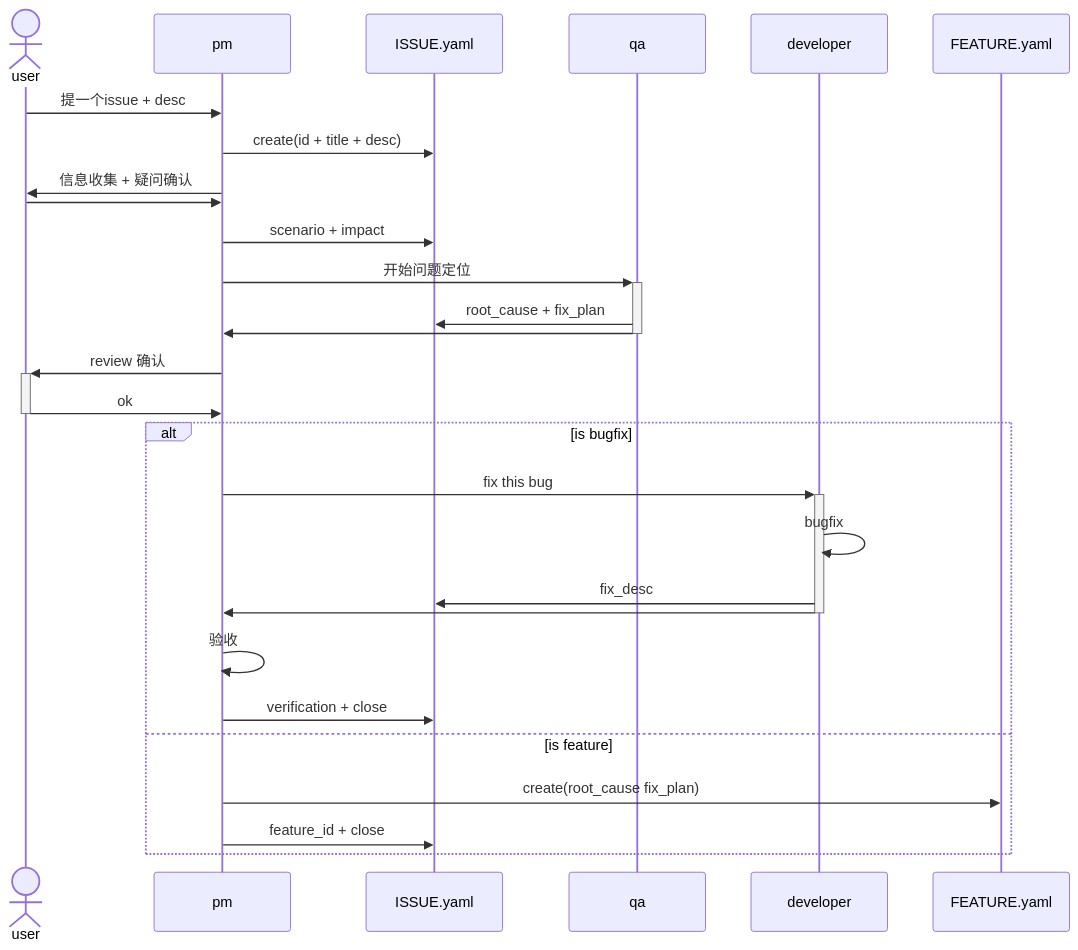
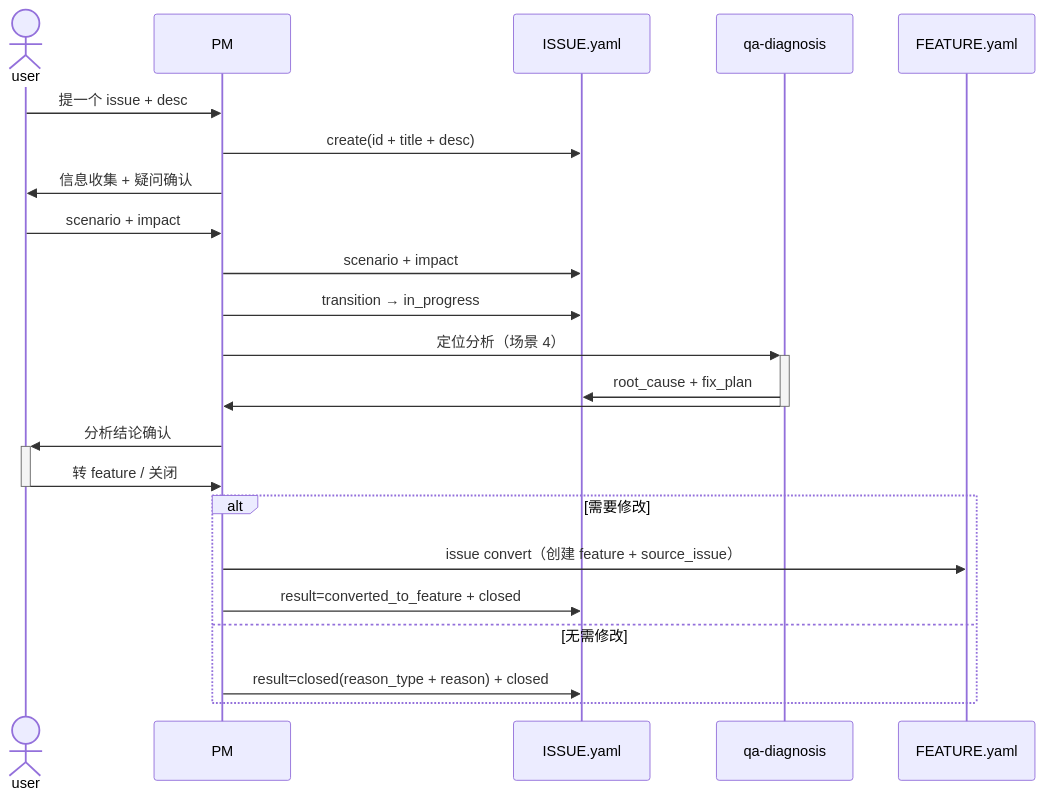
Before and after one commit to JoeyAssistant/skill-repo: the fourth of 4 diagrams in system-prompt/agent-factory/agent-pm.md, drawn with Mermaid. The commit also changed other lines of this file and 15 other files, not shown here.

First line of the commit message:
refactor(issue): issue 只做定位分析，修复统一转 feature

````diff
--- a/system-prompt/agent-factory/agent-pm.md
+++ b/system-prompt/agent-factory/agent-pm.md
@@ -592,27 +598,26 @@
 ```mermaid
 sequenceDiagram
     actor user
-    
-    user->>pm: 提一个issue + desc
-    pm->>ISSUE.yaml: create(id + title + desc)
+    participant pm as PM
+    participant issue as ISSUE.yaml
+    participant diag as qa-diagnosis
+    participant feat as FEATURE.yaml
+
+    user->>pm: 提一个 issue + desc
+    pm->>issue: create(id + title + desc)
     pm->>user: 信息收集 + 疑问确认
-    user->>pm: 
-    pm->>ISSUE.yaml: scenario + impact
-    pm->>+qa: 开始问题定位
-    qa->>ISSUE.yaml: root_cause + fix_plan
-    qa->>-pm:
-    pm->>+user: review 确认
-    user->>-pm: ok
-    alt is bugfix
-    participant dev as developer
-        pm->>+dev: fix this bug
-        dev->>dev: bugfix
-        dev->>ISSUE.yaml: fix_desc
-        dev->>-pm:
-        pm->>pm: 验收
-        pm->>ISSUE.yaml: verification + close
-    else is feature
-        pm->>FEATURE.yaml: create(root_cause fix_plan)
-        pm->>ISSUE.yaml: feature_id + close
+    user->>pm: scenario + impact
+    pm->>issue: scenario + impact
+    pm->>issue: transition → in_progress
+    pm->>+diag: 定位分析（场景 4）
+    diag->>issue: root_cause + fix_plan
+    diag->>-pm:
+    pm->>+user: 分析结论确认
+    user->>-pm: 转 feature / 关闭
+    alt 需要修改
+        pm->>feat: issue convert（创建 feature + source_issue）
+        pm->>issue: result=converted_to_feature + closed
+    else 无需修改
+        pm->>issue: result=closed(reason_type + reason) + closed
     end
 ```
````
